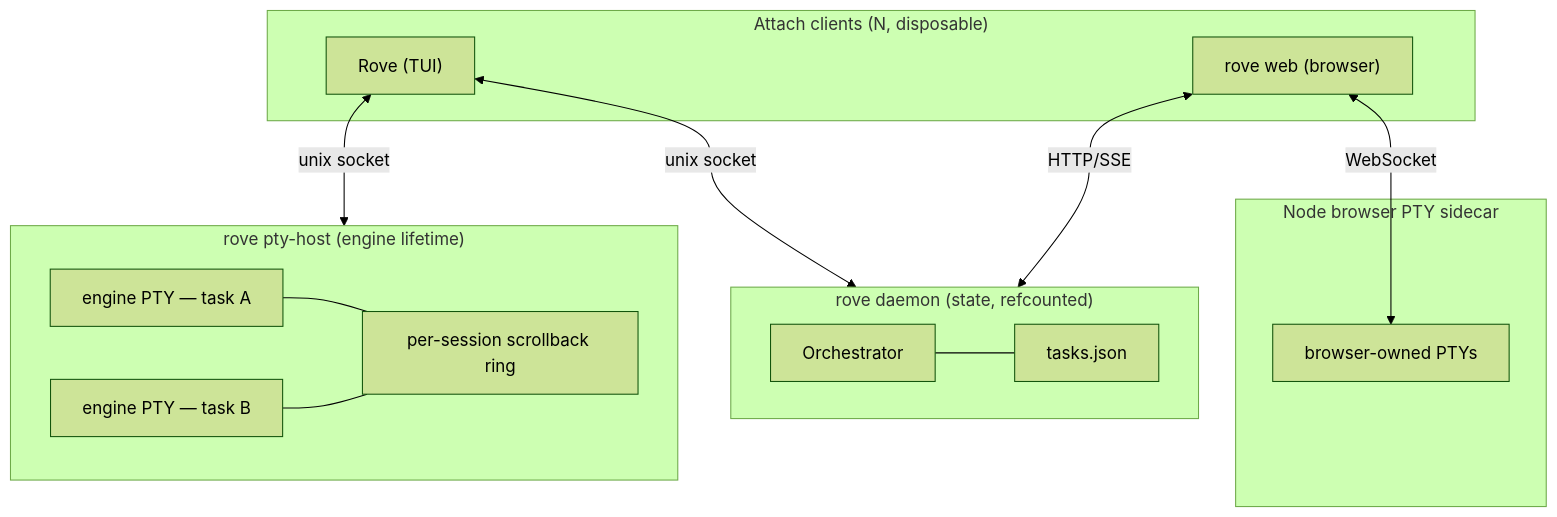
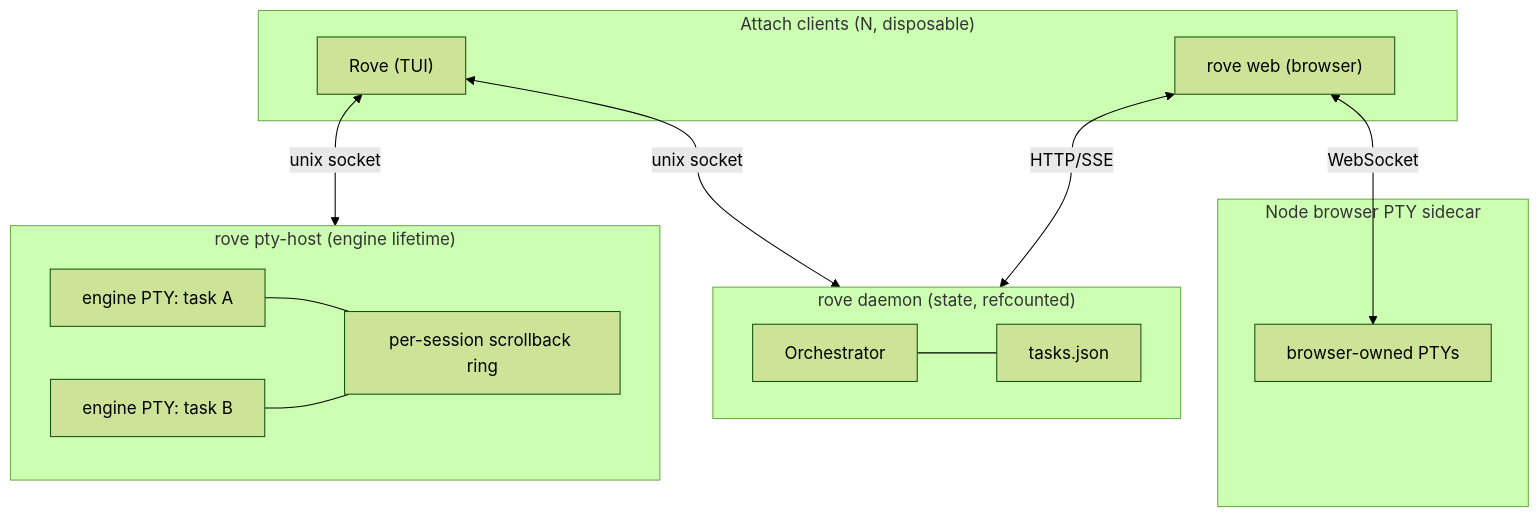
One commit to Sma1lboy/rove changed the diagram in docs/SESSIONS.md. Above: the diagram before and after it, drawn with Mermaid (forest theme). The commit also changed other lines of this file and 22 other files, not shown here.

````diff
--- a/docs/SESSIONS.md
+++ b/docs/SESSIONS.md
@@ -40,26 +40,26 @@
 ```mermaid
 flowchart TB
   subgraph clients["Attach clients (N, disposable)"]
     tui["Rove (TUI)"]
     web["rove web (browser)"]
   end
   subgraph daemon["rove daemon (state, refcounted)"]
     orch[Orchestrator]
     idx["tasks.json"]
   end
   subgraph host["rove pty-host (engine lifetime)"]
-    p1["engine PTY — task A"]
-    p2["engine PTY — task B"]
+    p1["engine PTY: task A"]
+    p2["engine PTY: task B"]
     ring["per-session scrollback ring"]
   end
   subgraph browserHost["Node browser PTY sidecar"]
     bp["browser-owned PTYs"]
   end
   tui <-->|unix socket| daemon
   web <-->|HTTP/SSE| daemon
   tui <-->|unix socket| host
   web <-->|WebSocket| bp
   orch --- idx
   p1 --- ring
   p2 --- ring
 ```
````
